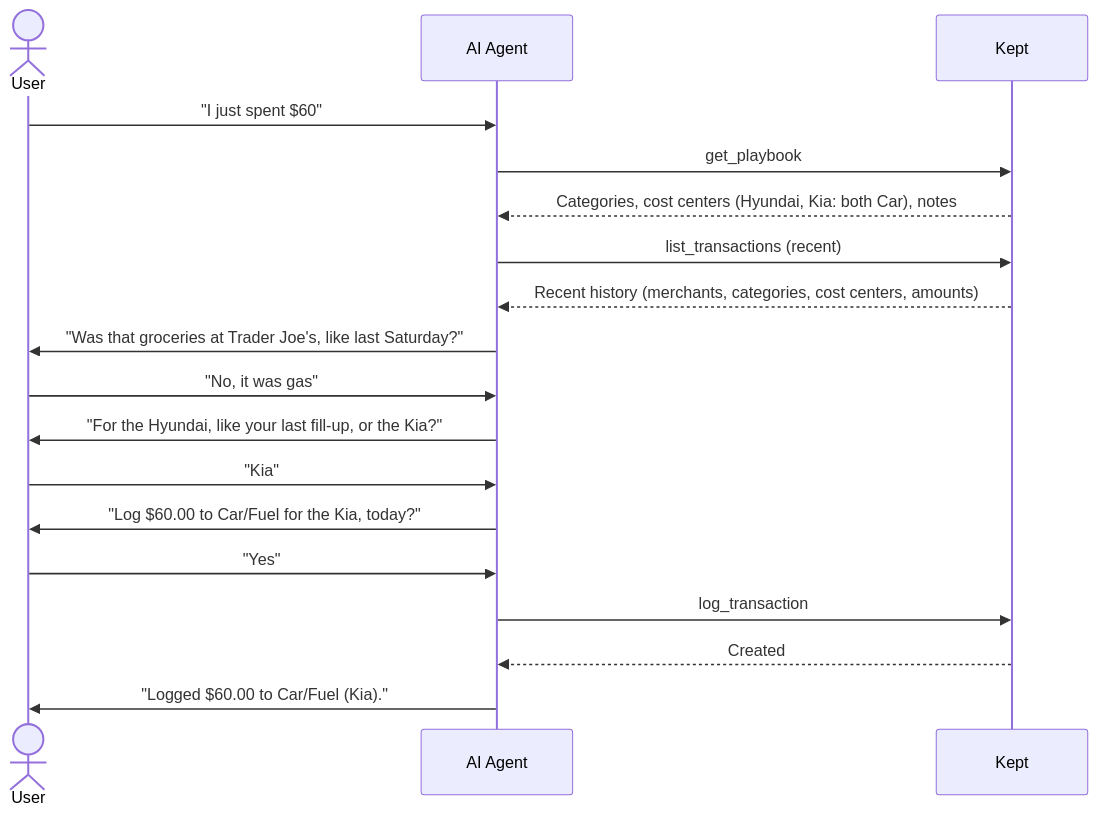
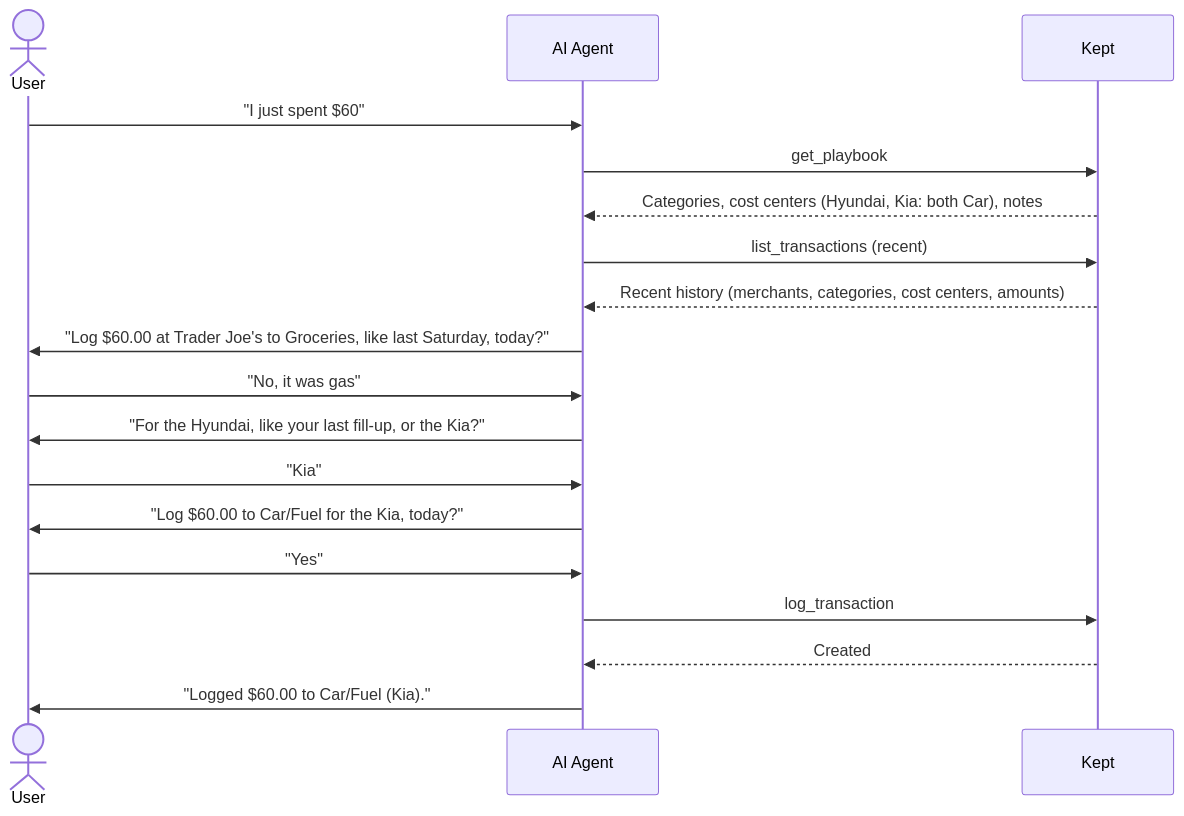
One commit to np25071984/kept changed the first of 3 diagrams in docs/VISION.md. Above: the diagram before and after it, drawn with Mermaid. The commit also changed other lines of this file and 10 other files, not shown here.

````diff
--- a/docs/VISION.md
+++ b/docs/VISION.md
@@ -40,21 +40,21 @@
 ```mermaid
 sequenceDiagram
     actor User
     participant AI as AI Agent
     participant K as Kept
 
     User->>AI: "I just spent $60"
     AI->>K: get_playbook
     K-->>AI: Categories, cost centers (Hyundai, Kia: both Car), notes
     AI->>K: list_transactions (recent)
     K-->>AI: Recent history (merchants, categories, cost centers, amounts)
-    AI->>User: "Was that groceries at Trader Joe's, like last Saturday?"
+    AI->>User: "Log $60.00 at Trader Joe's to Groceries, like last Saturday, today?"
     User->>AI: "No, it was gas"
     AI->>User: "For the Hyundai, like your last fill-up, or the Kia?"
     User->>AI: "Kia"
     AI->>User: "Log $60.00 to Car/Fuel for the Kia, today?"
     User->>AI: "Yes"
     AI->>K: log_transaction
     K-->>AI: Created
     AI->>User: "Logged $60.00 to Car/Fuel (Kia)."
 ```
````
